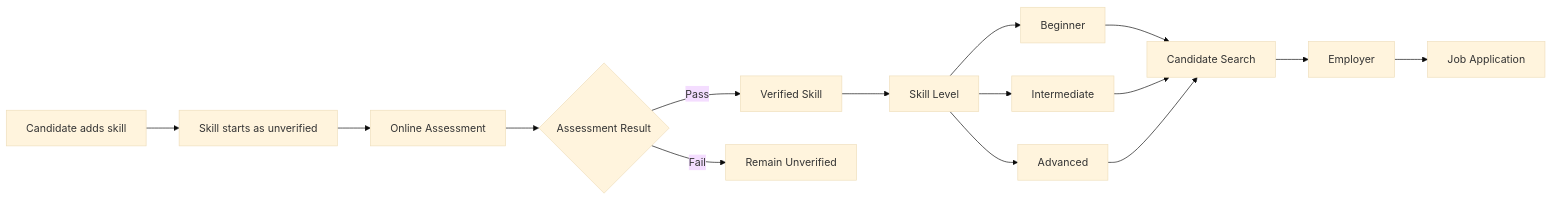
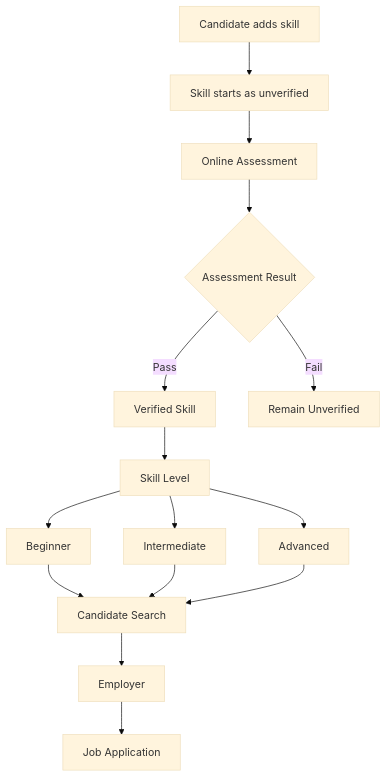
The diagram in readme.md (Nimish077/TALENT-GRID), drawn with Mermaid (base theme) before and after one commit. The commit also changed other lines of this file and 1 other file, not shown here.

Commit message:
Add architecture overview and schema design documentation

````diff
--- a/readme.md
+++ b/readme.md
@@ -89,26 +46,26 @@
 ```mermaid
-flowchart LR
+flowchart TB
 
     A["Candidate adds skill"]
     --> B["Skill starts as unverified"]
 
     B --> C["Online Assessment"]
 
     C --> D{"Assessment Result"}
 
     D -->|Pass| E["Verified Skill"]
     D -->|Fail| F["Remain Unverified"]
 
     E --> G["Skill Level"]
 
     G --> H["Beginner"]
     G --> I["Intermediate"]
     G --> J["Advanced"]
 
     H --> K["Candidate Search"]
     I --> K
     J --> K
 
     K --> L["Employer"]
     L --> M["Job Application"]
 ```
````
